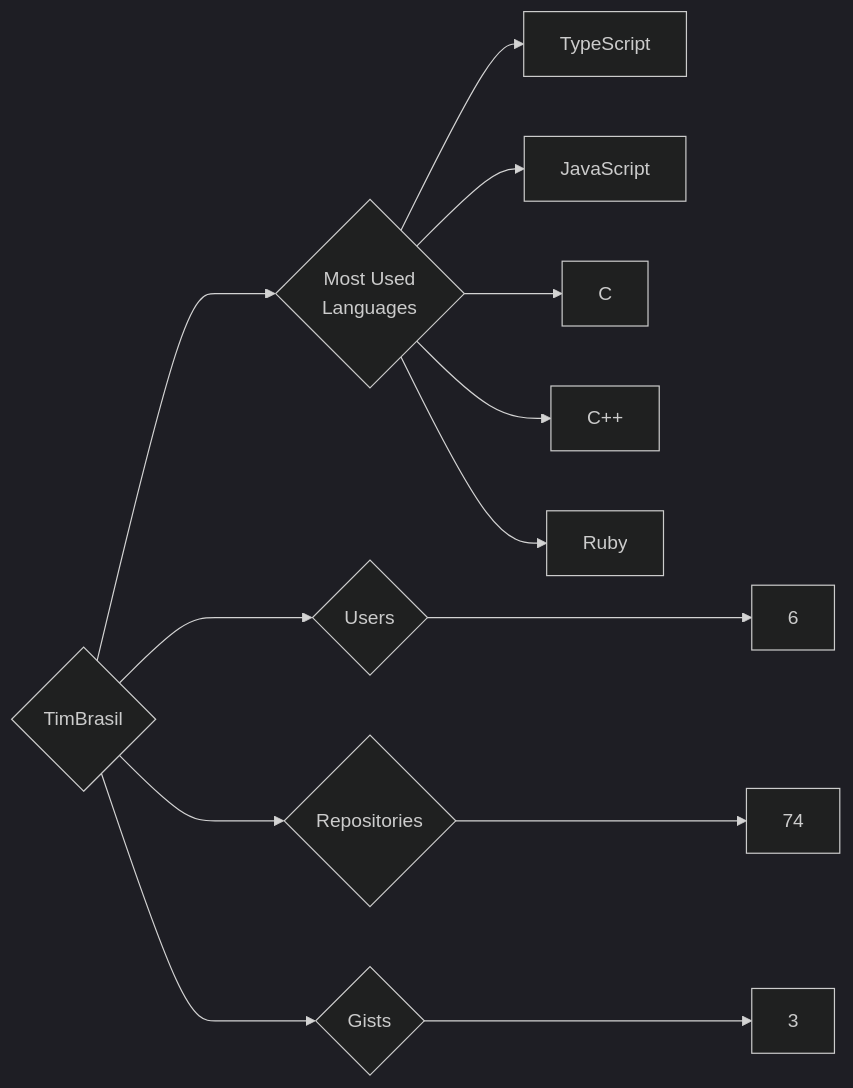
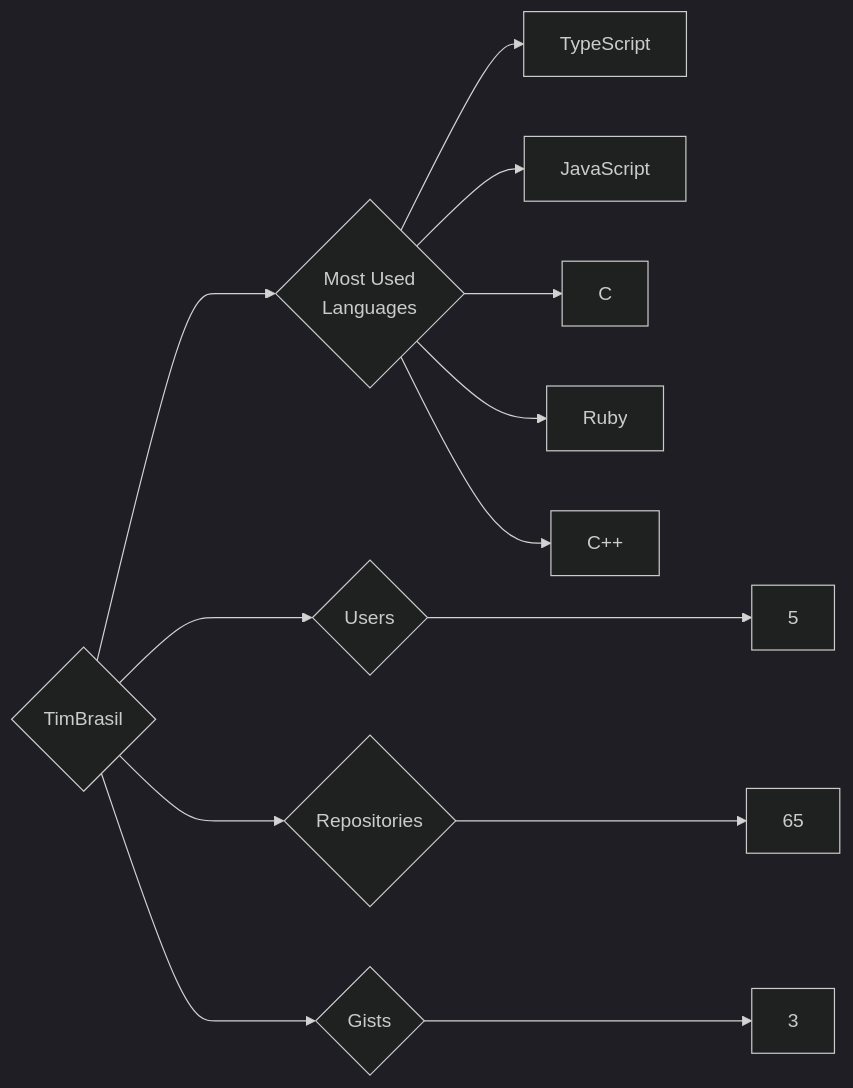
The diagram in targets/TimBrasil/README.md (trickest/insiders), drawn with Mermaid (dark theme) before and after one commit. The commit also changed 1248 other files, not shown here.

````diff
--- a/targets/TimBrasil/README.md
+++ b/targets/TimBrasil/README.md
@@ -3,13 +3,13 @@
 ```mermaid
 graph LR
 COMPANY_NAME{TimBrasil}
-COMPANY_NAME ---> U{Users} ---> UN[6]
-COMPANY_NAME ---> R{Repositories} ---> RN[74]
+COMPANY_NAME ---> U{Users} ---> UN[5]
+COMPANY_NAME ---> R{Repositories} ---> RN[65]
 COMPANY_NAME ---> G{Gists} ---> GN[3]
 COMPANY_NAME ---> ML{Most Used<br>Languages}
 ML --> TypeScript[TypeScript]
 ML --> JavaScript[JavaScript]
 ML --> C[C]
+ML --> Ruby[Ruby]
 ML --> C++[C++]
-ML --> Ruby[Ruby]
 ```
````
